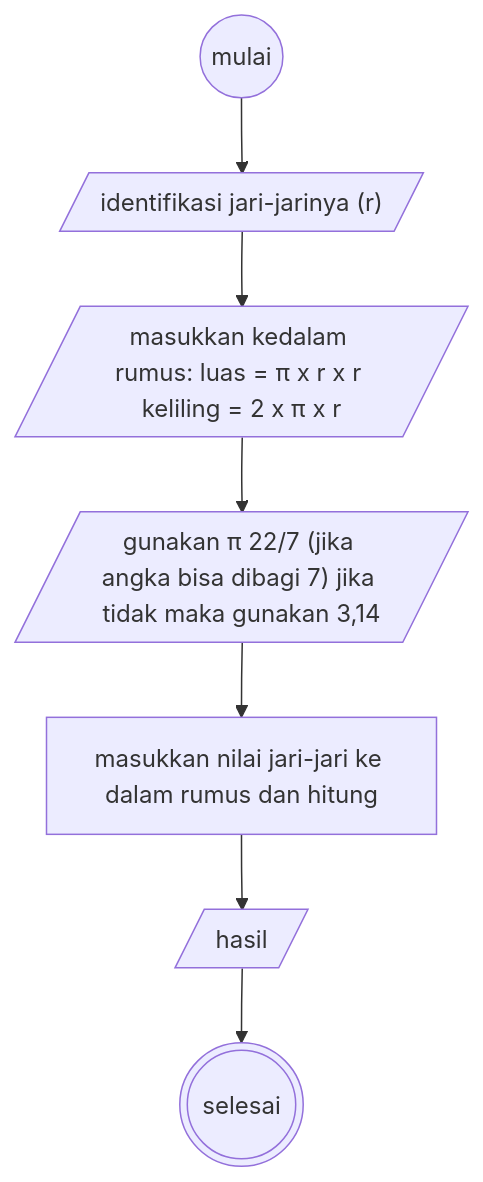
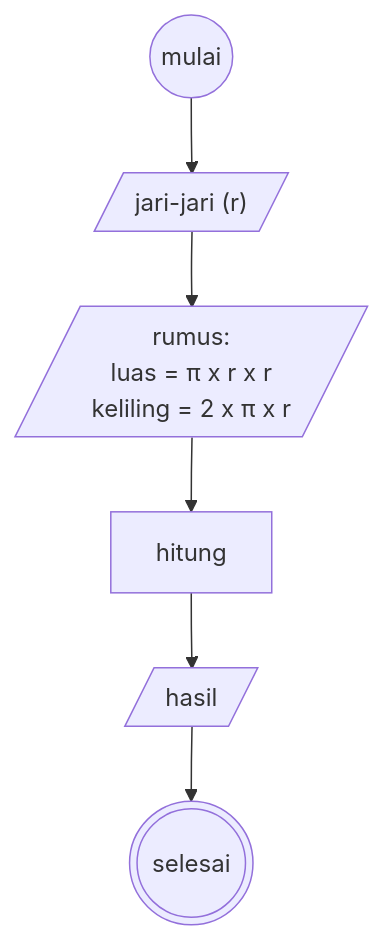
One commit to abdullah-fikri/koda-b4-algoritma changed the diagram in minitask5.md. Above: the diagram before and after it, drawn with Mermaid.

````diff
--- a/minitask5.md
+++ b/minitask5.md
@@ -3,13 +3,13 @@
 ```mermaid
 flowchart TD
 A@{ shape: circle, label: "mulai"} -->
-B@{ shape: lean-r, label: "identifikasi jari-jarinya (r)"} --> 
-C@{ shape: lean-r, label: "masukkan kedalam rumus: luas = π x r x r 
+B@{ shape: lean-r, label: "jari-jari (r)"} --> 
+C@{ shape: lean-r, label: "rumus: 
+luas = π x r x r 
  keliling = 2 x π x r"} -->
- 
-E@{ shape: lean-r, label: "gunakan π 22/7 (jika angka bisa dibagi 7) jika tidak maka gunakan 3,14"} -->D@{ shape: rect, label: "masukkan nilai jari-jari ke dalam rumus dan hitung"} -->
+D@{ shape: rect, label: "hitung"} -->
 G@{ shape: lean-r, label: "hasil"} -->
 F@{ shape: dbl-circ, label: "selesai"}
 
 
 ```
````
